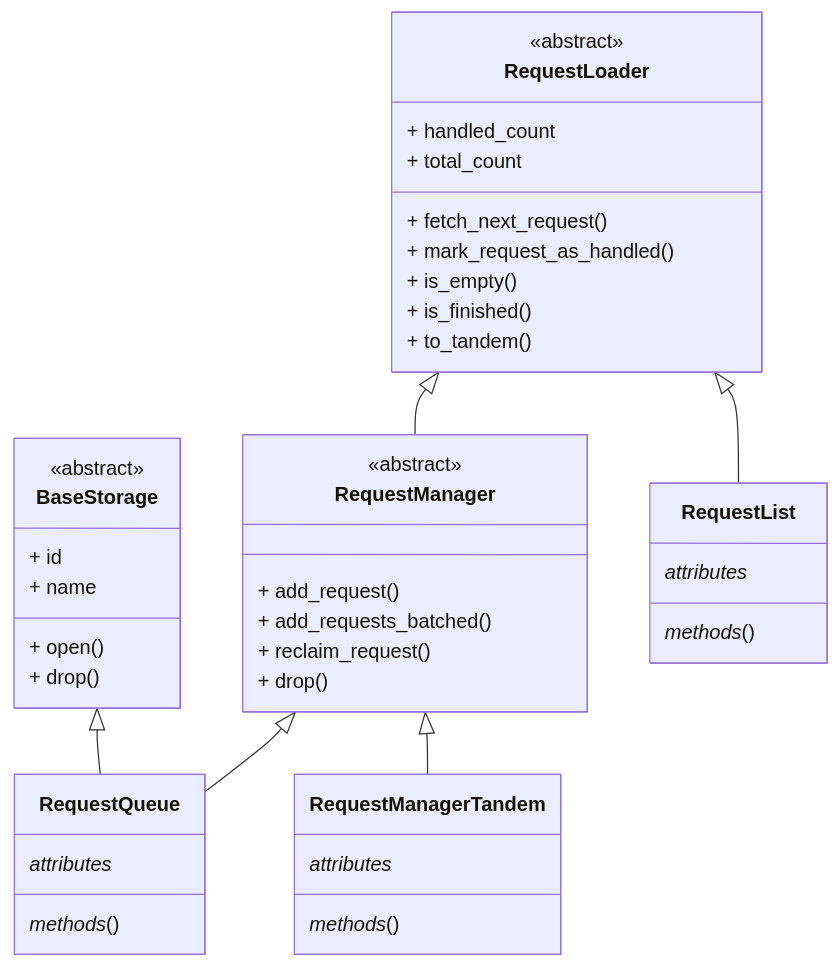
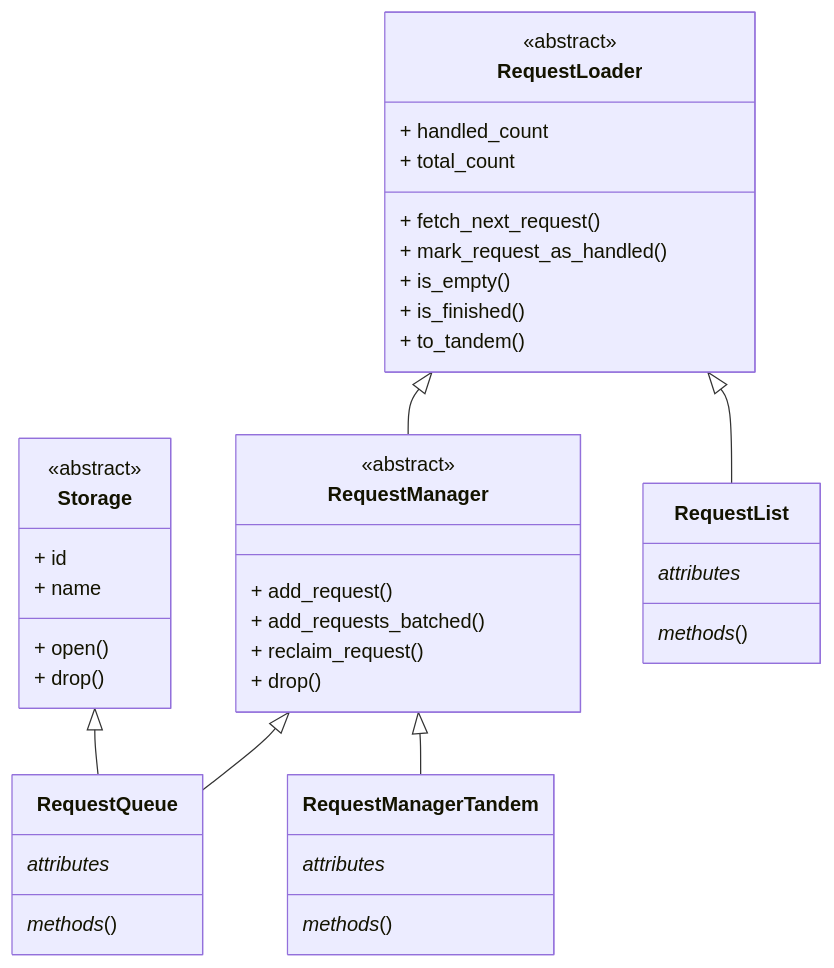
The diagram in docs/guides/request_loaders.mdx (apify/crawlee-python), drawn with Mermaid before and after one commit. The commit also changed 8 other files, not shown here.

````diff
--- a/docs/guides/request_loaders.mdx
+++ b/docs/guides/request_loaders.mdx
@@ -32,70 +32,70 @@
 ```mermaid
 ---
 config:
     class:
         hideEmptyMembersBox: true
 ---
 
 classDiagram
 
 %% ========================
 %% Abstract classes
 %% ========================
 
-class BaseStorage {
+class Storage {
     <<abstract>>
     + id
     + name
     + open()
     + drop()
 }
 
 class RequestLoader {
     <<abstract>>
     + handled_count
     + total_count
     + fetch_next_request()
     + mark_request_as_handled()
     + is_empty()
     + is_finished()
     + to_tandem()
 }
 
 class RequestManager {
     <<abstract>>
     + add_request()
     + add_requests_batched()
     + reclaim_request()
     + drop()
 }
 
 %% ========================
 %% Specific classes
 %% ========================
 
 class RequestQueue {
     _attributes_
     _methods_()
 }
 
 class RequestList {
     _attributes_
     _methods_()
 }
 
 class RequestManagerTandem {
     _attributes_
     _methods_()
 }
 
 %% ========================
 %% Inheritance arrows
 %% ========================
 
-BaseStorage <|-- RequestQueue
+Storage <|-- RequestQueue
 RequestManager <|-- RequestQueue
 
 RequestLoader <|-- RequestManager
 RequestLoader <|-- RequestList
 RequestManager <|-- RequestManagerTandem
 ```
````
